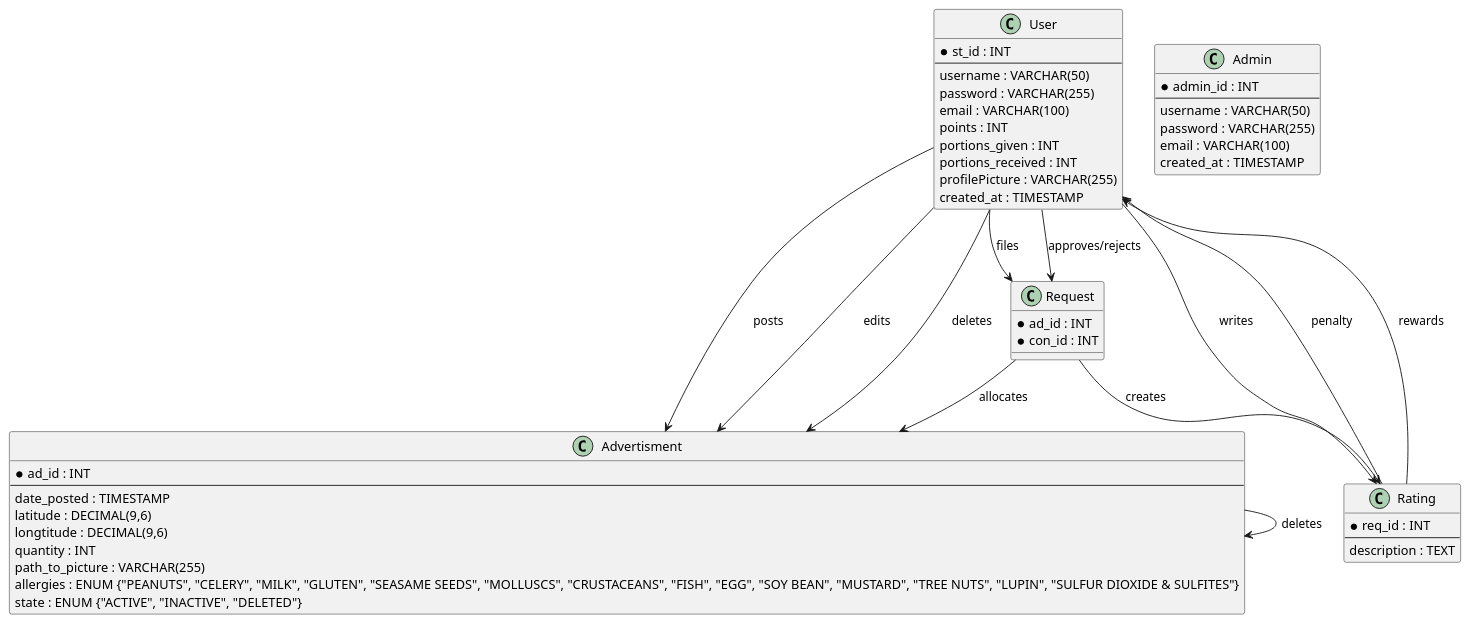
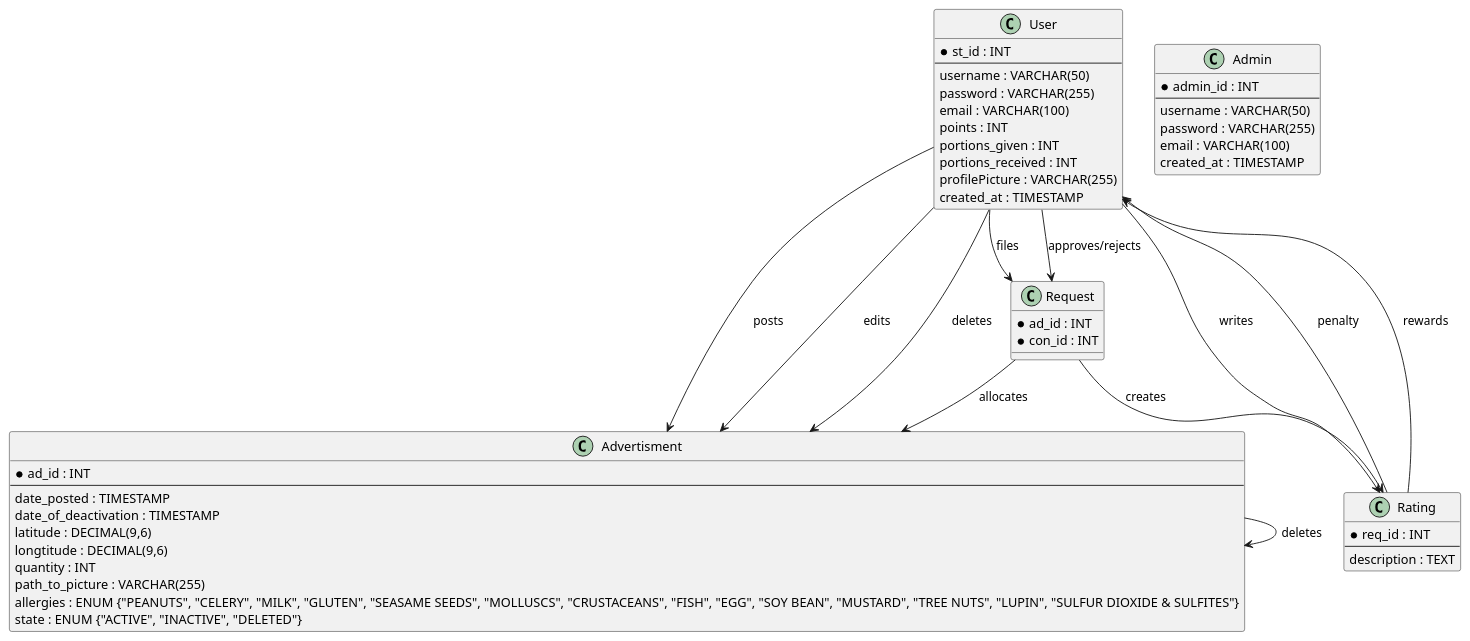
Before and after one commit to avrapavlos/UniBite: the diagram in unibite/database/ER/ER.puml, drawn with PlantUML.

Commit message:
Updated ER in uml...PNG will be updated at its final version

```diff
--- a/unibite/database/ER/ER.puml
+++ b/unibite/database/ER/ER.puml
@@ -1,55 +1,56 @@
 @startuml ER 
 
 class User {
     *st_id : INT
     --
     username : VARCHAR(50)
     password : VARCHAR(255)
     email : VARCHAR(100)
     points : INT
     portions_given : INT
     portions_received : INT
     profilePicture : VARCHAR(255)
     created_at : TIMESTAMP
 }
 class Advertisment {
     *ad_id : INT
     --
     date_posted : TIMESTAMP
+    date_of_deactivation : TIMESTAMP
     latitude : DECIMAL(9,6)
     longtitude : DECIMAL(9,6)
     quantity : INT
     path_to_picture : VARCHAR(255)
     allergies : ENUM {"PEANUTS", "CELERY", "MILK", "GLUTEN", "SEASAME SEEDS", "MOLLUSCS", "CRUSTACEANS", "FISH", "EGG", "SOY BEAN", "MUSTARD", "TREE NUTS", "LUPIN", "SULFUR DIOXIDE & SULFITES"}
     state : ENUM {"ACTIVE", "INACTIVE", "DELETED"}
 }
 class Admin {
     *admin_id : INT
     --
     username : VARCHAR(50)
     password : VARCHAR(255)
     email : VARCHAR(100)
     created_at : TIMESTAMP
 }
 class Request {
     *ad_id : INT
     *con_id : INT
 }
 class Rating {
     *req_id : INT
     --
     description : TEXT 
 }
 
 User --> Advertisment : posts
 User --> Advertisment : edits
 User --> Advertisment : deletes
 Advertisment --> Advertisment : deletes
 User --> Request : files
 Request --> Advertisment : allocates
 User --> Request : approves/rejects
 Request --> Rating : creates
 User --> Rating : writes
 Rating --> User : penalty
 Rating --> User : rewards
 @enduml 
```
